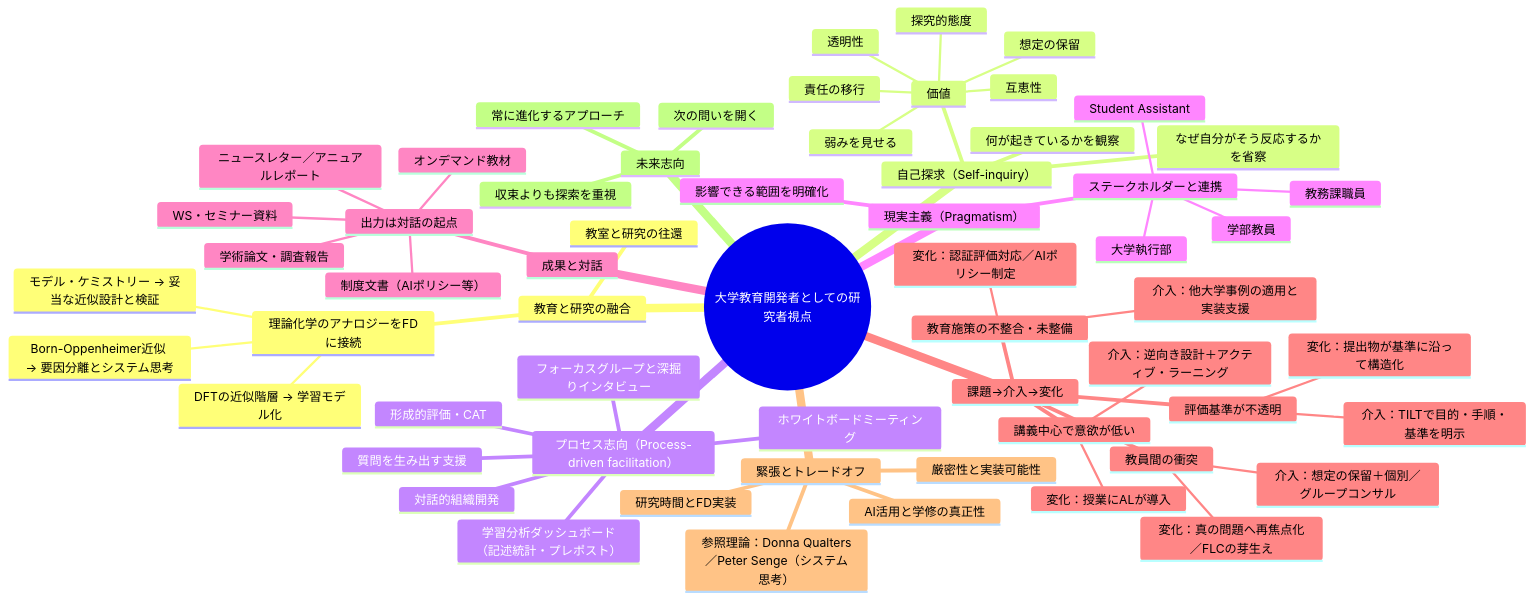
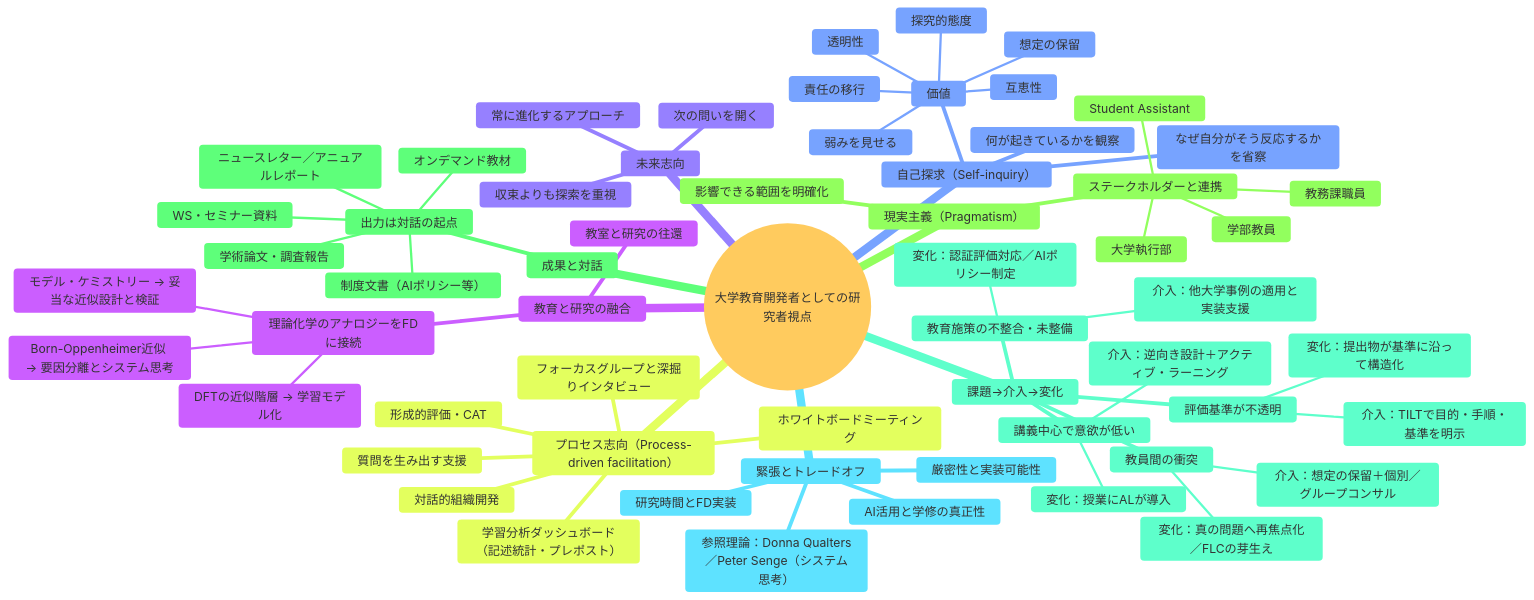
The third of 6 diagrams in _notes/2025-08-13-mermaid.md (kimikazu/ks-academic-constellation), drawn with Mermaid before and after one commit. The commit also changed other lines of this file, not shown here.

````diff
--- a/_notes/2025-08-13-mermaid.md
+++ b/_notes/2025-08-13-mermaid.md
@@ -168,63 +170,64 @@
 ``` mermaid
+%%{init: {'theme': 'base'}}%%
 mindmap
   root((大学教育開発者としての研究者視点))
     教育と研究の融合
       教室と研究の往還
       理論化学のアナロジーをFDに接続
         DFTの近似階層 → 学習モデル化
         Born-Oppenheimer近似 → 要因分離とシステム思考
         モデル・ケミストリー → 妥当な近似設計と検証
     自己探求（Self-inquiry）
       何が起きているかを観察
       なぜ自分がそう反応するかを省察
       価値
         透明性
         責任の移行
         探究的態度
         弱みを見せる
         想定の保留
         互恵性
     プロセス志向（Process-driven facilitation）
       質問を生み出す支援
       対話的組織開発
       フォーカスグループと深掘りインタビュー
       ホワイトボードミーティング
       形成的評価・CAT
       学習分析ダッシュボード（記述統計・プレポスト）
     現実主義（Pragmatism）
       影響できる範囲を明確化
       ステークホルダーと連携
         大学執行部
         教務課職員
         学部教員
         Student Assistant
     成果と対話
       出力は対話の起点
         制度文書（AIポリシー等）
         WS・セミナー資料
         オンデマンド教材
         ニュースレター／アニュアルレポート
         学術論文・調査報告
     課題→介入→変化
       評価基準が不透明
         介入：TILTで目的・手順・基準を明示
         変化：提出物が基準に沿って構造化
       講義中心で意欲が低い
         介入：逆向き設計＋アクティブ・ラーニング
         変化：授業にALが導入
       教員間の衝突
         介入：想定の保留＋個別／グループコンサル
         変化：真の問題へ再焦点化／FLCの芽生え
       教育施策の不整合・未整備
         介入：他大学事例の適用と実装支援
         変化：認証評価対応／AIポリシー制定
     緊張とトレードオフ
       研究時間とFD実装
       厳密性と実装可能性
       AI活用と学修の真正性
       参照理論：Donna Qualters／Peter Senge（システム思考）
     未来志向
       常に進化するアプローチ
       次の問いを開く
       収束よりも探索を重視
 ```
````
